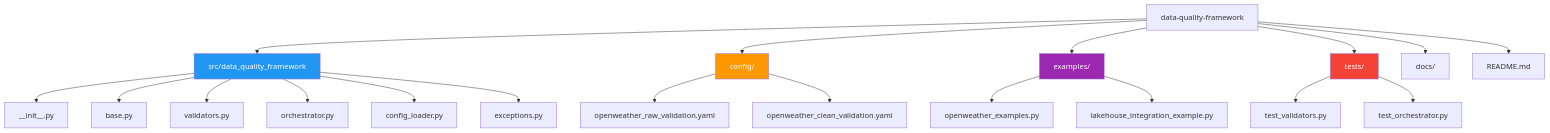
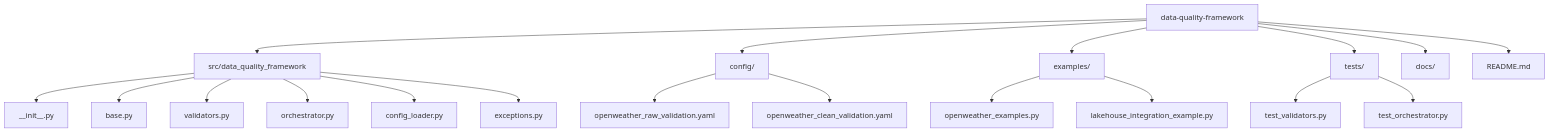
Before and after one commit to GRamos199/data-quality-framework: the second of 3 diagrams in README.md, drawn with Mermaid. The commit also changed other lines of this file, not shown here.

Commit message:
refactor: Remove unnecessary styles from mermaid diagrams in README

````diff
--- a/README.md
+++ b/README.md
@@ -459,31 +457,27 @@
 ```mermaid
 graph TD
     A["data-quality-framework"]
     A --> B["src/data_quality_framework"]
     A --> C["config/"]
     A --> D["examples/"]
     A --> E["tests/"]
     A --> F["docs/"]
     A --> G["README.md"]
     
     B --> B1["__init__.py"]
     B --> B2["base.py"]
     B --> B3["validators.py"]
     B --> B4["orchestrator.py"]
     B --> B5["config_loader.py"]
     B --> B6["exceptions.py"]
     
     C --> C1["openweather_raw_validation.yaml"]
     C --> C2["openweather_clean_validation.yaml"]
     
     D --> D1["openweather_examples.py"]
     D --> D2["lakehouse_integration_example.py"]
     
     E --> E1["test_validators.py"]
     E --> E2["test_orchestrator.py"]
     
-    style B fill:#2196F3,color:#fff
-    style C fill:#FF9800,color:#fff
-    style D fill:#9C27B0,color:#fff
-    style E fill:#F44336,color:#fff
 ```
````
